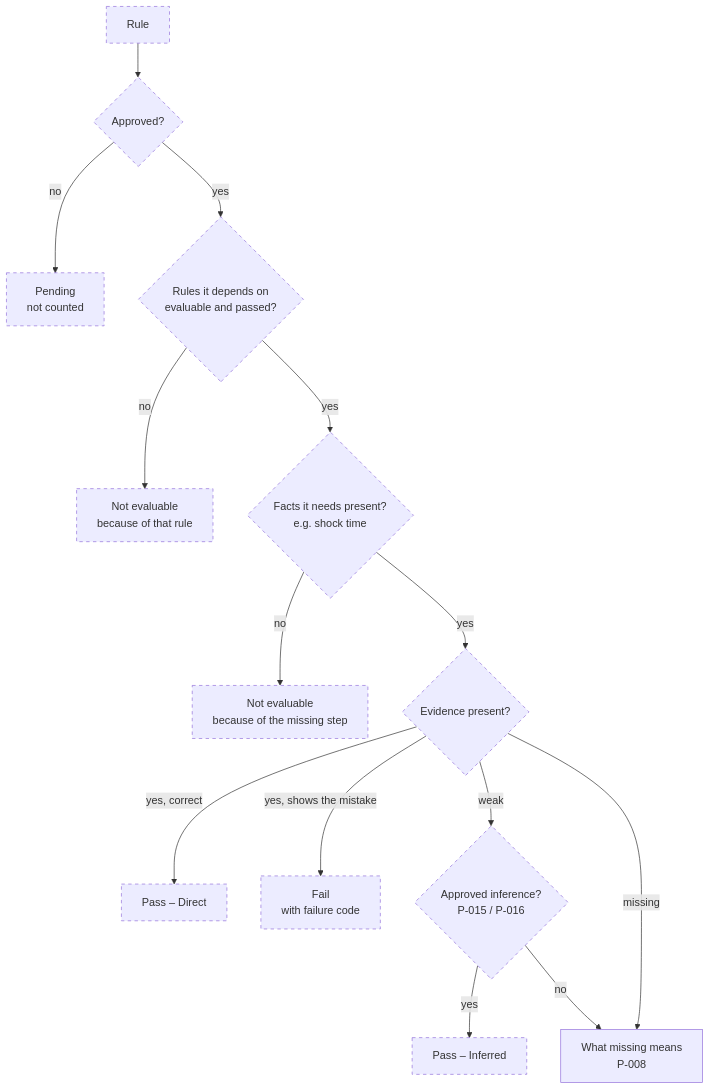
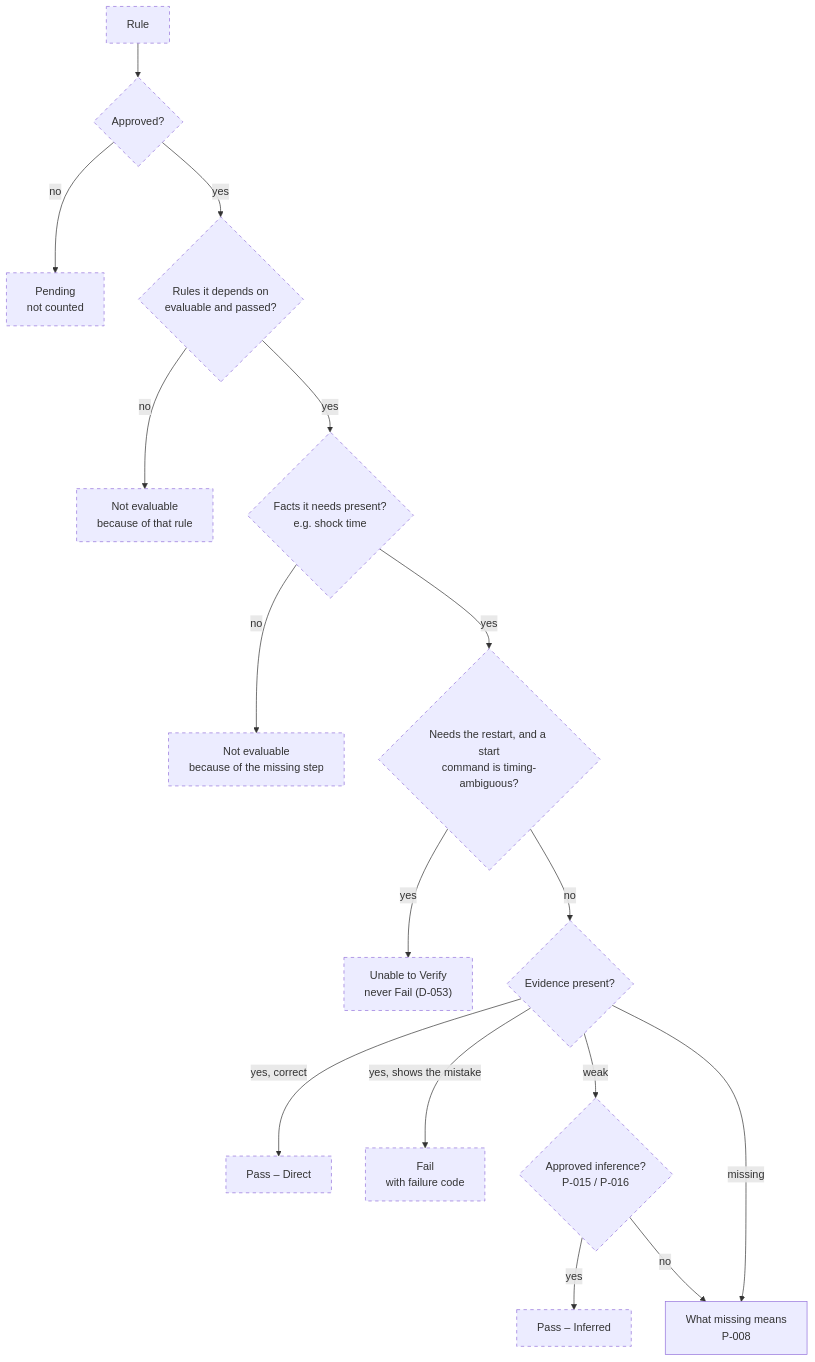
Before and after one commit to ananthu65/defibrillator_research: the third of 8 diagrams in docs/rule_engine/diagrams.md, drawn with Mermaid. The commit also changed other lines of this file and 11 other files, not shown here.

First line of the commit message:
feat(rules): treat start commands before removal as timing-ambiguous

````diff
--- a/docs/rule_engine/diagrams.md
+++ b/docs/rule_engine/diagrams.md
@@ -59,18 +59,20 @@
 ```mermaid
 flowchart TD
     S["Rule"] --> P1{"Approved?"}
     P1 -->|no| R0["Pending<br/>not counted"]
     P1 -->|yes| P2{"Rules it depends on<br/>evaluable and passed?"}
     P2 -->|no| R1["Not evaluable<br/>because of that rule"]
     P2 -->|yes| P3{"Facts it needs present?<br/>e.g. shock time"}
     P3 -->|no| R2["Not evaluable<br/>because of the missing step"]
-    P3 -->|yes| P4{"Evidence present?"}
+    P3 -->|yes| PA{"Needs the restart, and a start<br/>command is timing-ambiguous?"}
+    PA -->|yes| RA["Unable to Verify<br/>never Fail (D-053)"]
+    PA -->|no| P4{"Evidence present?"}
     P4 -->|yes, correct| R3["Pass – Direct"]
     P4 -->|yes, shows the mistake| R4["Fail<br/>with failure code"]
     P4 -->|weak| P5{"Approved inference?<br/>P-015 / P-016"}
     P5 -->|yes| R5["Pass – Inferred"]
     P5 -->|no| M["What missing means<br/>P-008"]
     P4 -->|missing| M
     classDef planned stroke-dasharray: 5 5
-    class S,P1,P2,P3,P4,P5,R0,R1,R2,R3,R4,R5 planned
+    class S,P1,P2,P3,PA,RA,P4,P5,R0,R1,R2,R3,R4,R5 planned
 ```
````
